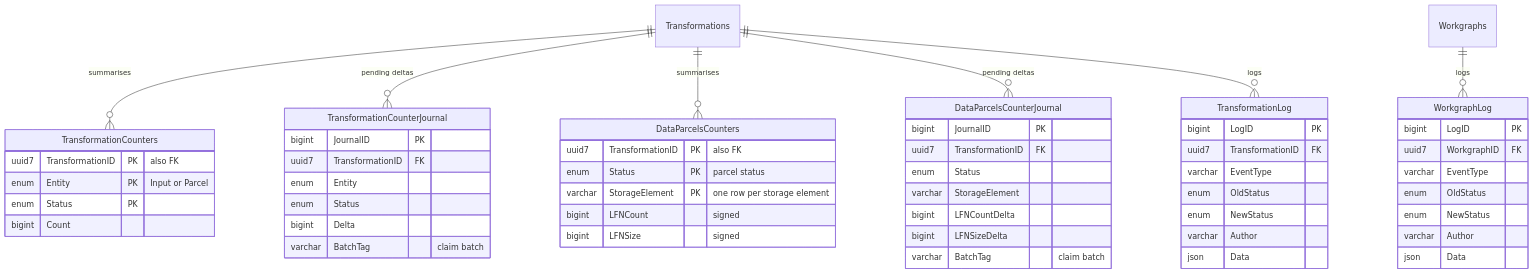
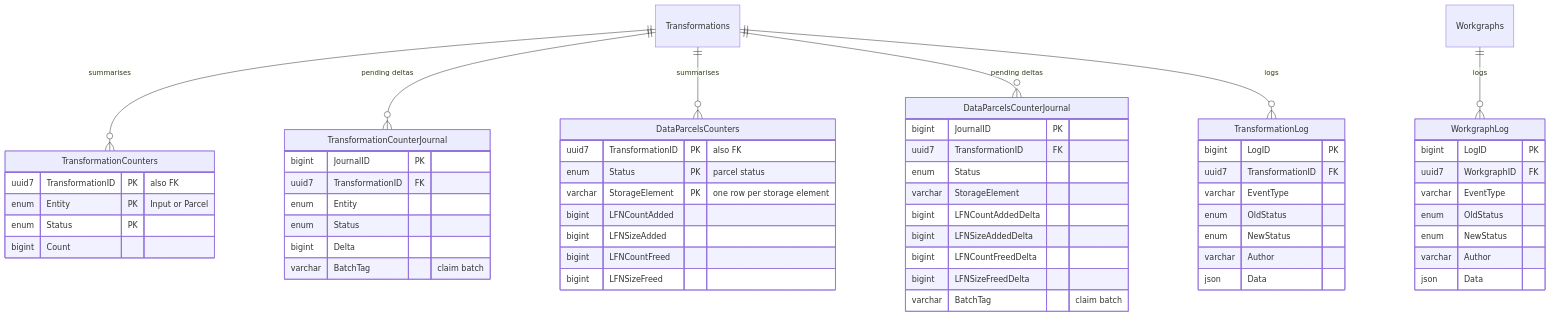
The third of 3 diagrams in docs/adr/DX-ADR-004_schema.md (DIRACGrid/diracx), drawn with Mermaid before and after one commit. The commit also changed other lines of this file and 4 other files, not shown here.

````diff
--- a/docs/adr/DX-ADR-004_schema.md
+++ b/docs/adr/DX-ADR-004_schema.md
@@ -229,58 +232,62 @@
 ```mermaid
 erDiagram
     Transformations ||--o{ TransformationCounters : summarises
     Transformations ||--o{ TransformationCounterJournal : "pending deltas"
     Transformations ||--o{ DataParcelsCounters : summarises
     Transformations ||--o{ DataParcelsCounterJournal : "pending deltas"
     Transformations ||--o{ TransformationLog : logs
     Workgraphs ||--o{ WorkgraphLog : logs
 
     TransformationCounters {
         uuid7 TransformationID PK "also FK"
         enum Entity PK "Input or Parcel"
         enum Status PK
         bigint Count
     }
     TransformationCounterJournal {
         bigint JournalID PK
         uuid7 TransformationID FK
         enum Entity
         enum Status
         bigint Delta
         varchar BatchTag "claim batch"
     }
     DataParcelsCounters {
         uuid7 TransformationID PK "also FK"
         enum Status PK "parcel status"
         varchar StorageElement PK "one row per storage element"
-        bigint LFNCount "signed"
-        bigint LFNSize "signed"
+        bigint LFNCountAdded
+        bigint LFNSizeAdded
+        bigint LFNCountFreed
+        bigint LFNSizeFreed
     }
     DataParcelsCounterJournal {
         bigint JournalID PK
         uuid7 TransformationID FK
         enum Status
         varchar StorageElement
-        bigint LFNCountDelta
-        bigint LFNSizeDelta
+        bigint LFNCountAddedDelta
+        bigint LFNSizeAddedDelta
+        bigint LFNCountFreedDelta
+        bigint LFNSizeFreedDelta
         varchar BatchTag "claim batch"
     }
     TransformationLog {
         bigint LogID PK
         uuid7 TransformationID FK
         varchar EventType
         enum OldStatus
         enum NewStatus
         varchar Author
         json Data
     }
     WorkgraphLog {
         bigint LogID PK
         uuid7 WorkgraphID FK
         varchar EventType
         enum OldStatus
         enum NewStatus
         varchar Author
         json Data
     }
 ```
````
